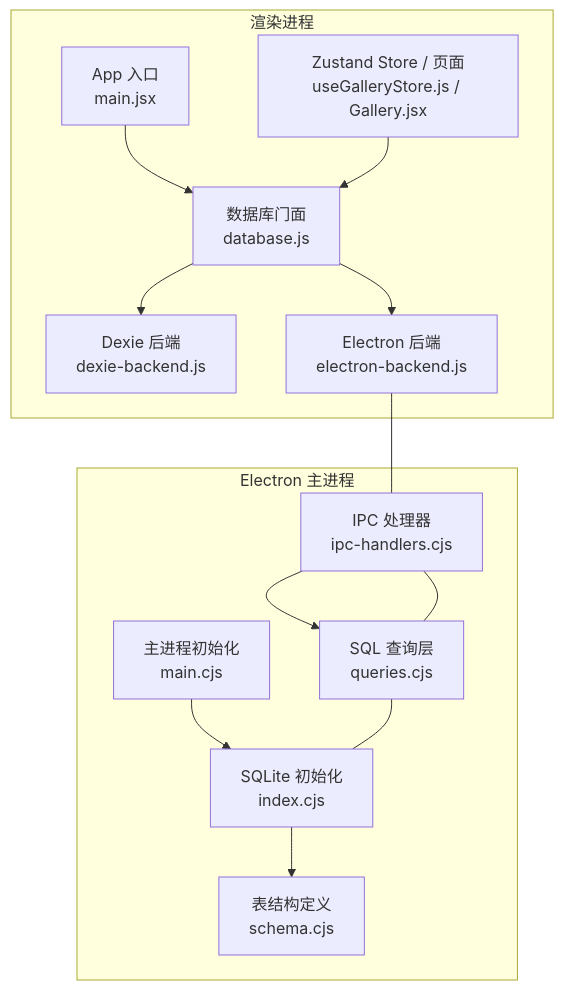
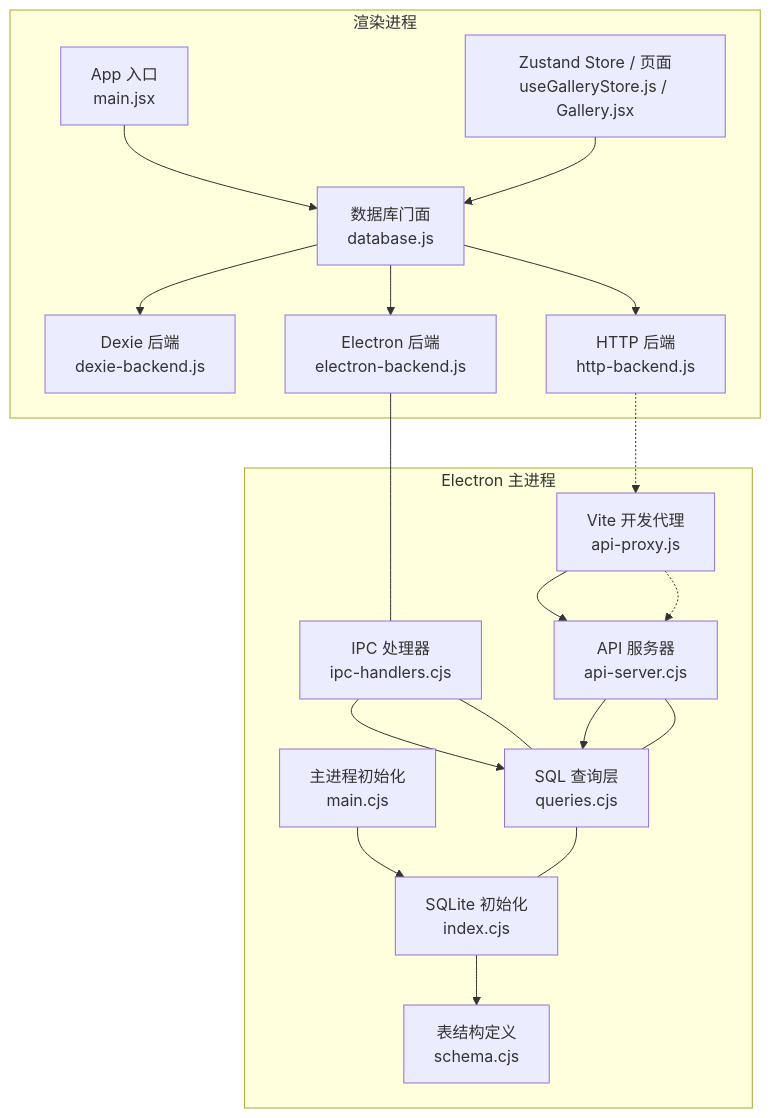
Before and after one commit to AlbusWei/AI-Image-Studio: the first of 8 diagrams in .qoder/repowiki/zh/content/数据库层/策略模式数据库抽象.md, drawn with Mermaid. The commit also changed other lines of this file and 26 other files, not shown here.

First line of the commit message:
fix: 修复 Electron 模式下 Gallery 无法显示图片的 3 个断裂点

````diff
--- a/.qoder/repowiki/zh/content/数据库层/策略模式数据库抽象.md
+++ b/.qoder/repowiki/zh/content/数据库层/策略模式数据库抽象.md
@@ -42,17 +54,23 @@
 ```mermaid
 graph TB
 subgraph "渲染进程"
 A["App 入口<br/>main.jsx"] --> B["数据库门面<br/>database.js"]
 B --> C["Dexie 后端<br/>dexie-backend.js"]
 B --> D["Electron 后端<br/>electron-backend.js"]
-E["Zustand Store / 页面<br/>useGalleryStore.js / Gallery.jsx"] --> B
+B --> E["HTTP 后端<br/>http-backend.js"]
+F["Zustand Store / 页面<br/>useGalleryStore.js / Gallery.jsx"] --> B
 end
 subgraph "Electron 主进程"
-F["主进程初始化<br/>main.cjs"] --> G["SQLite 初始化<br/>index.cjs"]
-H["IPC 处理器<br/>ipc-handlers.cjs"] --> I["SQL 查询层<br/>queries.cjs"]
-G --> J["表结构定义<br/>schema.cjs"]
+G["主进程初始化<br/>main.cjs"] --> H["SQLite 初始化<br/>index.cjs"]
+I["IPC 处理器<br/>ipc-handlers.cjs"] --> J["SQL 查询层<br/>queries.cjs"]
+K["API 服务器<br/>api-server.cjs"] --> J
+H --> L["表结构定义<br/>schema.cjs"]
+M["Vite 开发代理<br/>api-proxy.js"] --> K
 end
-D --- H
-H --- I
-I --- G
+D --- I
+I --- J
+E -.-> M
+M -.-> K
+K --- J
+J --- H
 ```
````
